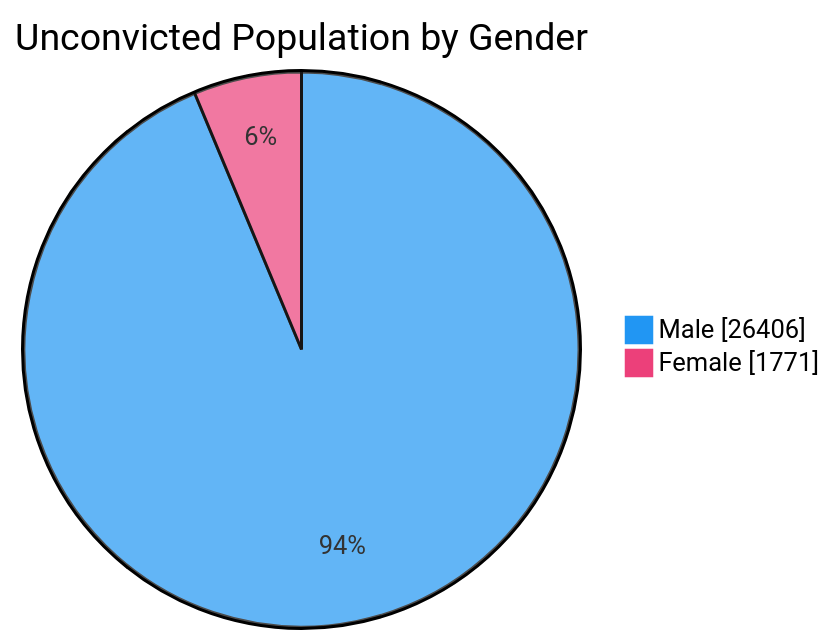
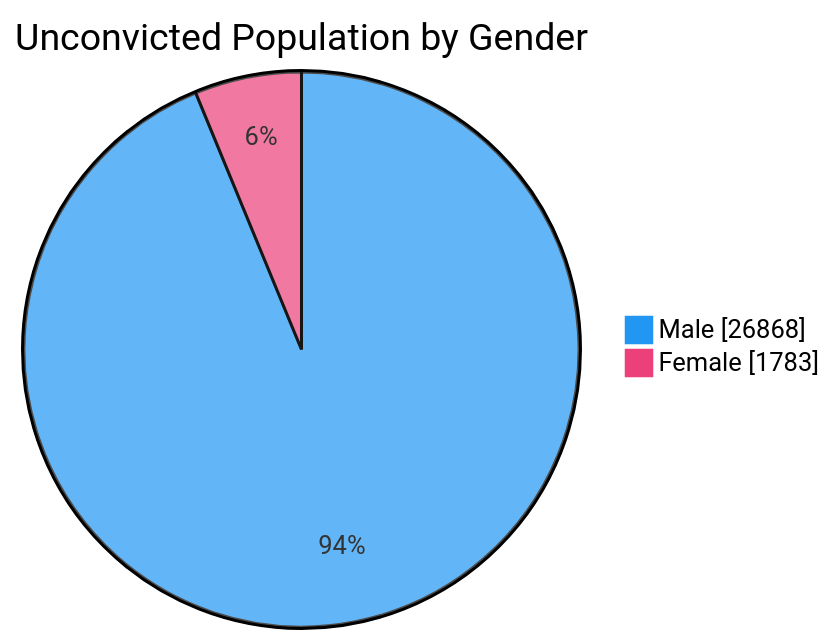
Before and after one commit to nuuuwan/lk_prisons: the fourth of 7 diagrams in README.md, drawn with Mermaid. The commit also changed other lines of this file and 1 other file, not shown here.

````diff
--- a/README.md
+++ b/README.md
@@ -76,6 +76,6 @@
 ```mermaid
 %%{init: {'themeVariables': {'pie1': '#2196F3', 'pie2': '#EC407A'}}}%%
 pie showData title Unconvicted Population by Gender
-    "Male" : 26406
-    "Female" : 1771
+    "Male" : 26868
+    "Female" : 1783
 ```
````
